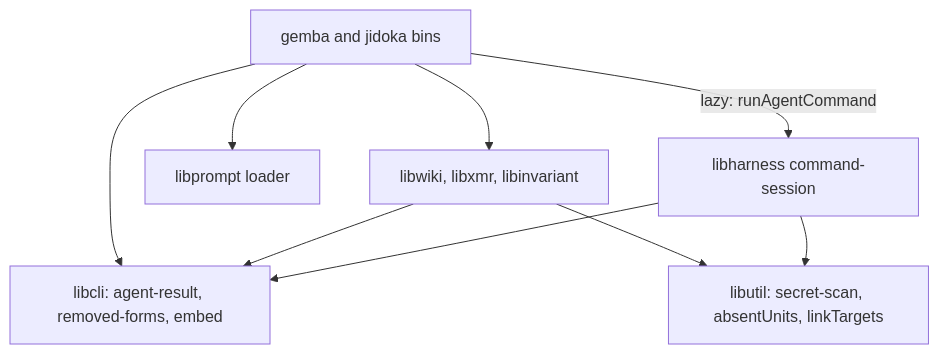
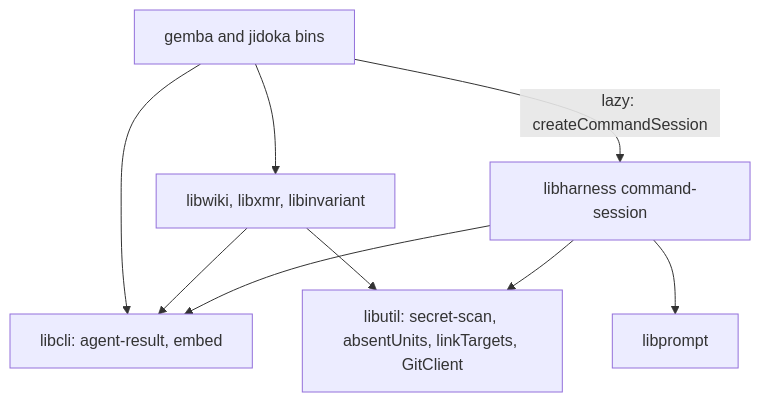
One commit to forwardimpact/monorepo changed the first of 2 diagrams in specs/2410-agent-backed-commands/design-a.md. Above: the diagram before and after it, drawn with Mermaid. The commit also changed other lines of this file and 1 other file, not shown here.

````diff
--- a/specs/2410-agent-backed-commands/design-a.md
+++ b/specs/2410-agent-backed-commands/design-a.md
@@ -31,11 +33,11 @@
 ```mermaid
 graph TD
-    B["gemba and jidoka bins"] -->|"lazy: runAgentCommand"| H["libharness command-session"]
-    B --> F["libcli: agent-result, removed-forms, embed"]
-    B --> P["libprompt loader"]
+    B["gemba and jidoka bins"] -->|"lazy: createCommandSession"| H["libharness command-session"]
+    B --> F["libcli: agent-result, embed"]
     B --> D["libwiki, libxmr, libinvariant"]
     D --> F
-    D --> U["libutil: secret-scan, absentUnits, linkTargets"]
+    D --> U["libutil: secret-scan, absentUnits, linkTargets, GitClient"]
     H --> F
     H --> U
+    H --> P["libprompt"]
 ```
````
